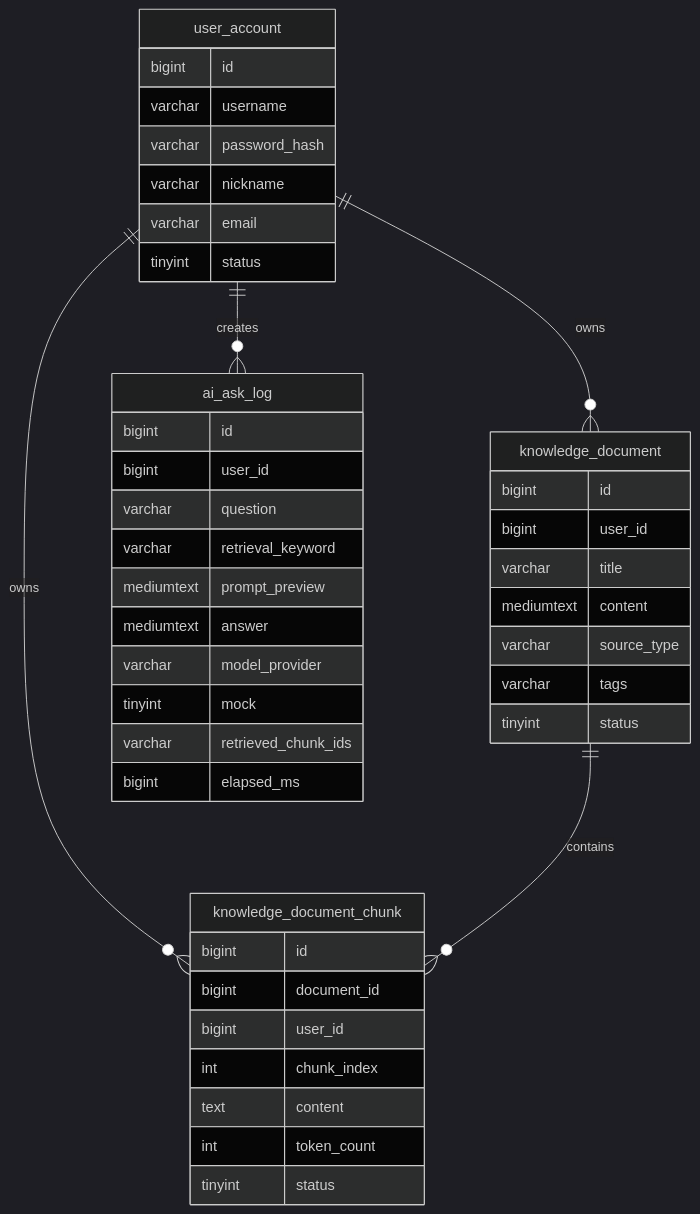
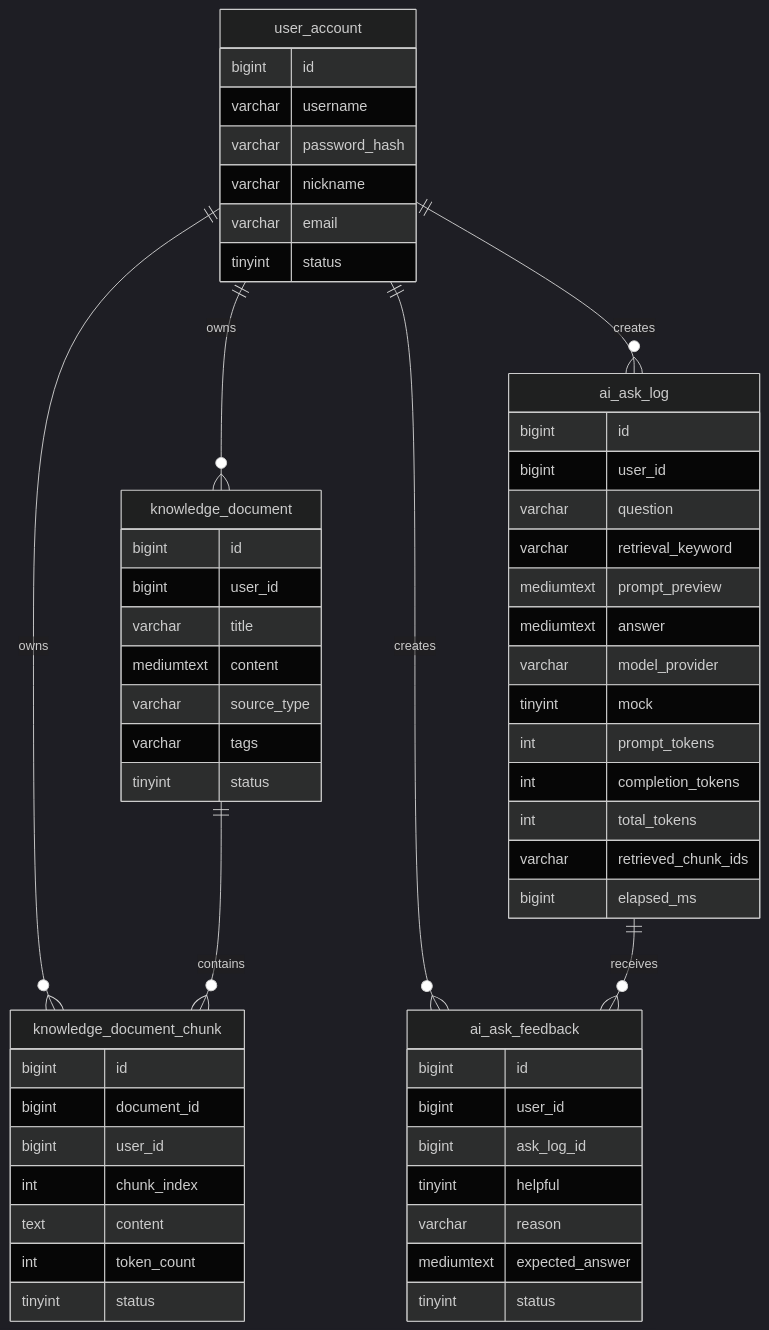
The second of 3 diagrams in docs/architecture.md (wwjorker/devmind-backend), drawn with Mermaid (dark theme) before and after one commit. The commit also changed other lines of this file and 11 other files, not shown here.

Commit message:
feat: add AI ask feedback for bad cases

````diff
--- a/docs/architecture.md
+++ b/docs/architecture.md
@@ -24,49 +25,64 @@
 ```mermaid
 erDiagram
     user_account ||--o{ knowledge_document : owns
     user_account ||--o{ knowledge_document_chunk : owns
     knowledge_document ||--o{ knowledge_document_chunk : contains
     user_account ||--o{ ai_ask_log : creates
+    user_account ||--o{ ai_ask_feedback : creates
+    ai_ask_log ||--o{ ai_ask_feedback : receives
 
     user_account {
         bigint id
         varchar username
         varchar password_hash
         varchar nickname
         varchar email
         tinyint status
     }
 
     knowledge_document {
         bigint id
         bigint user_id
         varchar title
         mediumtext content
         varchar source_type
         varchar tags
         tinyint status
     }
 
     knowledge_document_chunk {
         bigint id
         bigint document_id
         bigint user_id
         int chunk_index
         text content
         int token_count
         tinyint status
     }
 
     ai_ask_log {
         bigint id
         bigint user_id
         varchar question
         varchar retrieval_keyword
         mediumtext prompt_preview
         mediumtext answer
         varchar model_provider
         tinyint mock
+        int prompt_tokens
+        int completion_tokens
+        int total_tokens
         varchar retrieved_chunk_ids
         bigint elapsed_ms
     }
+
+    ai_ask_feedback {
+        bigint id
+        bigint user_id
+        bigint ask_log_id
+        tinyint helpful
+        varchar reason
+        mediumtext expected_answer
+        tinyint status
+    }
 ```
````
